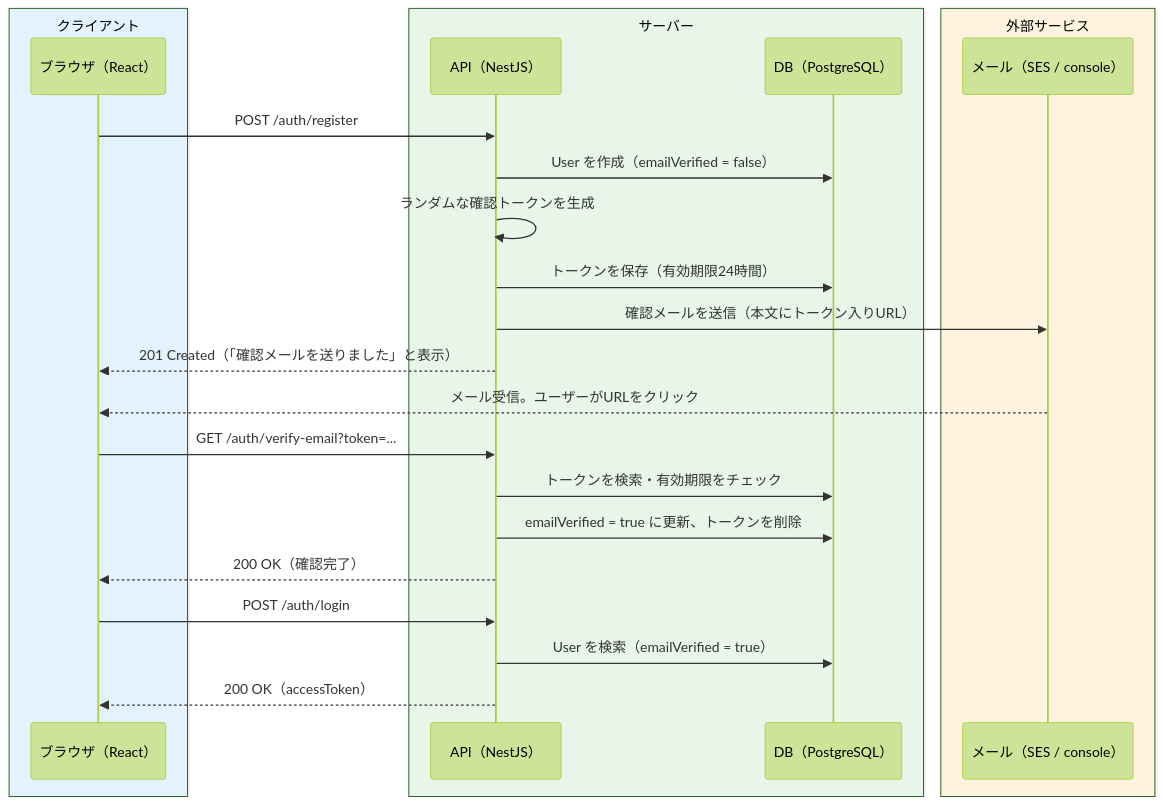
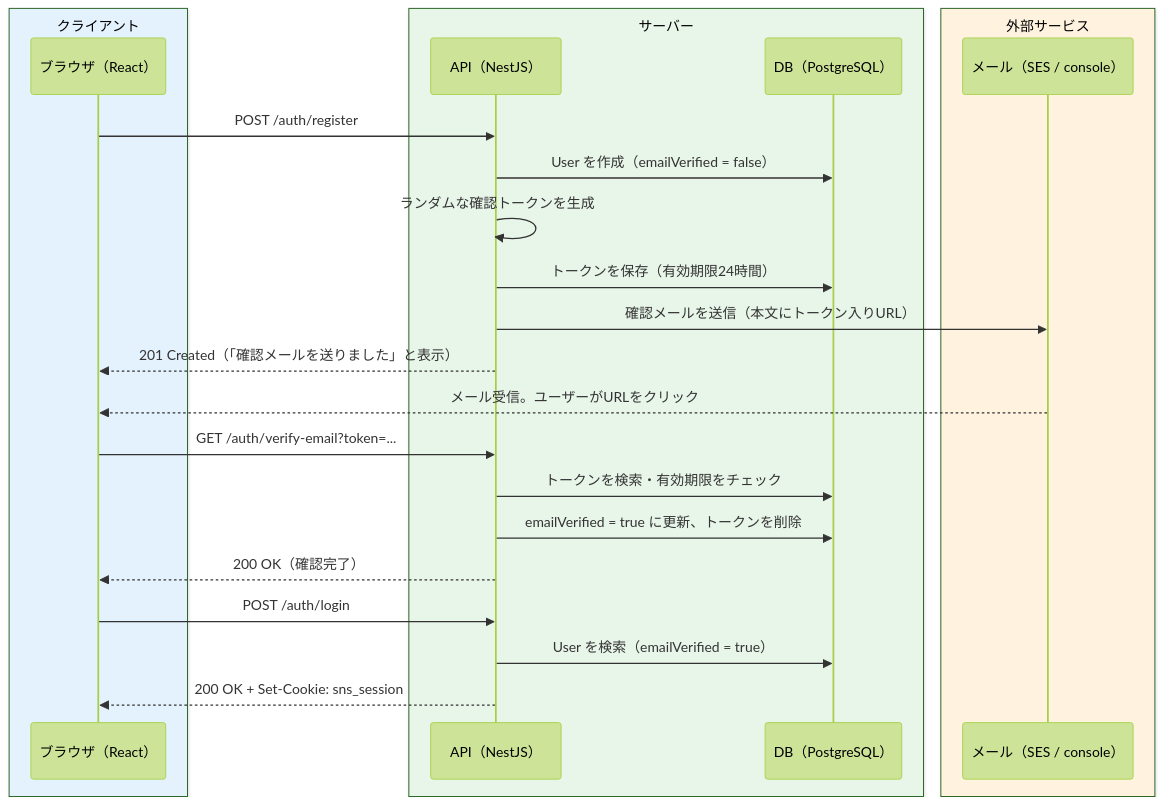
The diagram in cloudflare-site/src/content/docs/sns/nestjs/email_verification.md (dik-ab/school-curriculum-platform), drawn with Mermaid (forest theme) before and after one commit. The commit also changed other lines of this file, not shown here.

Commit message:
docs: align email verification with cookie auth

````diff
--- a/cloudflare-site/src/content/docs/sns/nestjs/email_verification.md
+++ b/cloudflare-site/src/content/docs/sns/nestjs/email_verification.md
@@ -27,30 +27,30 @@
 ```mermaid
 sequenceDiagram
     box rgb(227, 242, 253) クライアント
     participant B as ブラウザ（React）
     end
     box rgb(232, 245, 233) サーバー
     participant A as API（NestJS）
     participant D as DB（PostgreSQL）
     end
     box rgb(255, 243, 224) 外部サービス
     participant M as メール（SES / console）
     end
 
     B->>A: POST /auth/register
     A->>D: User を作成（emailVerified = false）
     A->>A: ランダムな確認トークンを生成
     A->>D: トークンを保存（有効期限24時間）
     A->>M: 確認メールを送信（本文にトークン入りURL）
     A-->>B: 201 Created（「確認メールを送りました」と表示）
 
     M-->>B: メール受信。ユーザーがURLをクリック
     B->>A: GET /auth/verify-email?token=...
     A->>D: トークンを検索・有効期限をチェック
     A->>D: emailVerified = true に更新、トークンを削除
     A-->>B: 200 OK（確認完了）
 
     B->>A: POST /auth/login
     A->>D: User を検索（emailVerified = true）
-    A-->>B: 200 OK（accessToken）
+    A-->>B: 200 OK + Set-Cookie: sns_session
 ```
````
